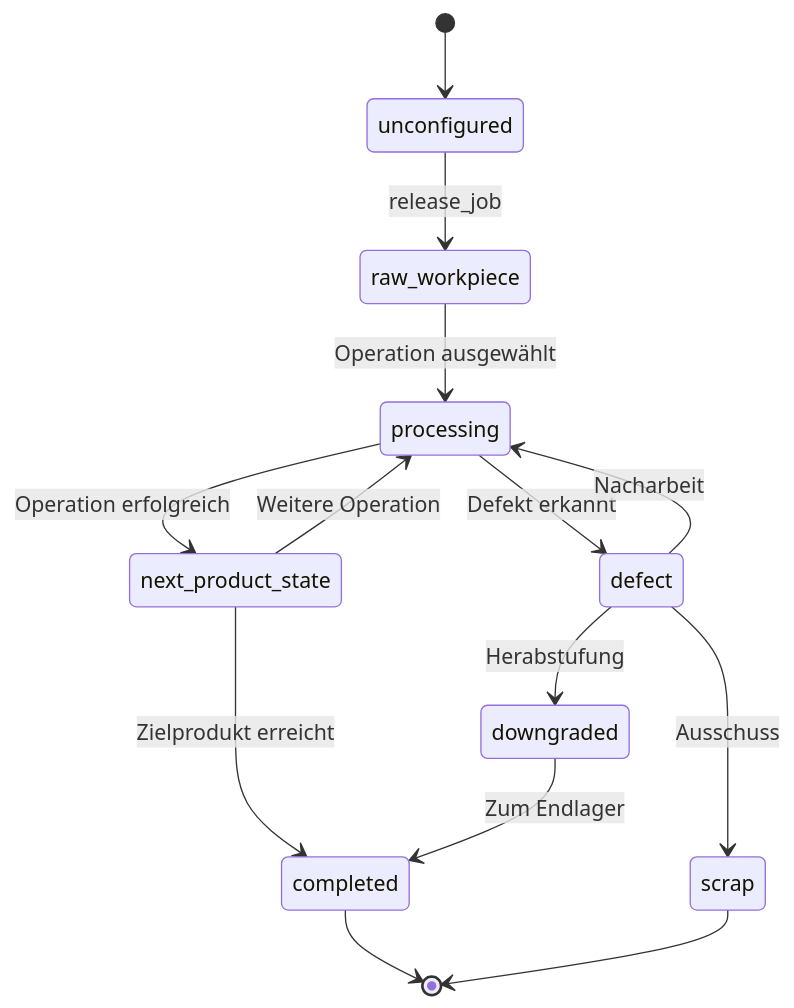
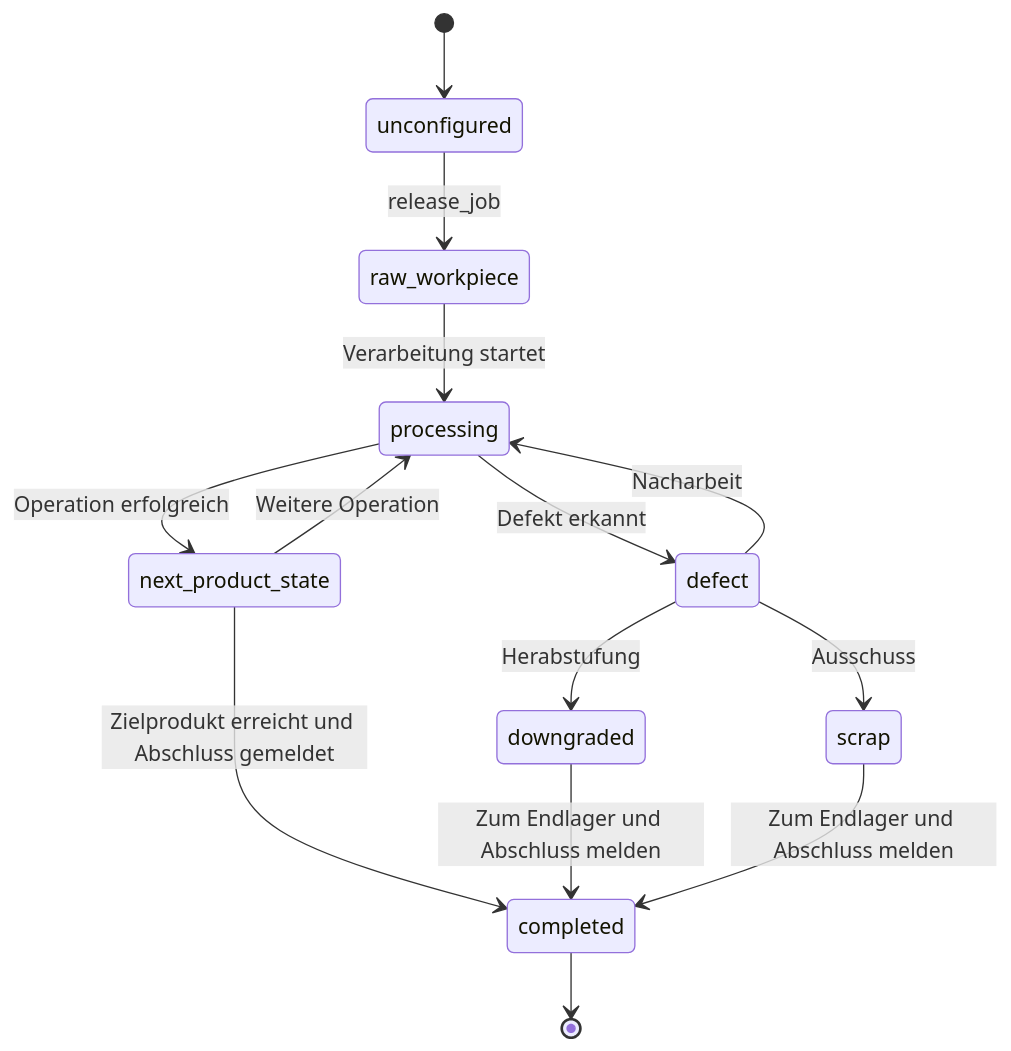
The first of 13 diagrams in README.md (ghackenberg/SpineML), drawn with Mermaid before and after one commit. The commit also changed other lines of this file, not shown here.

````diff
--- a/README.md
+++ b/README.md
@@ -162,16 +309,16 @@
 ```mermaid
 stateDiagram-v2
     [*] --> unconfigured
     unconfigured --> raw_workpiece: release_job
-    raw_workpiece --> processing: Operation ausgewählt
+    raw_workpiece --> processing: Verarbeitung startet
     processing --> next_product_state: Operation erfolgreich
     next_product_state --> processing: Weitere Operation
     processing --> defect: Defekt erkannt
     defect --> processing: Nacharbeit
     defect --> scrap: Ausschuss
     defect --> downgraded: Herabstufung
-    next_product_state --> completed: Zielprodukt erreicht
-    downgraded --> completed: Zum Endlager
+    next_product_state --> completed: Zielprodukt erreicht und Abschluss gemeldet
+    downgraded --> completed: Zum Endlager und Abschluss melden
+    scrap --> completed: Zum Endlager und Abschluss melden
     completed --> [*]
-    scrap --> [*]
 ```
````
